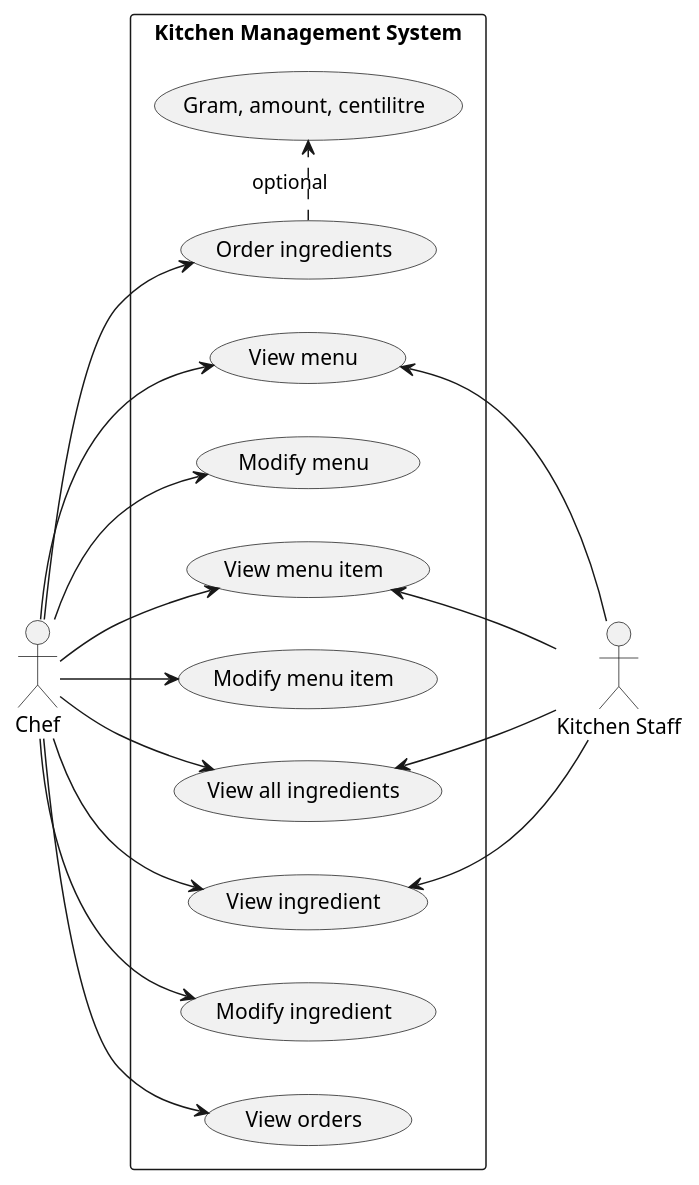
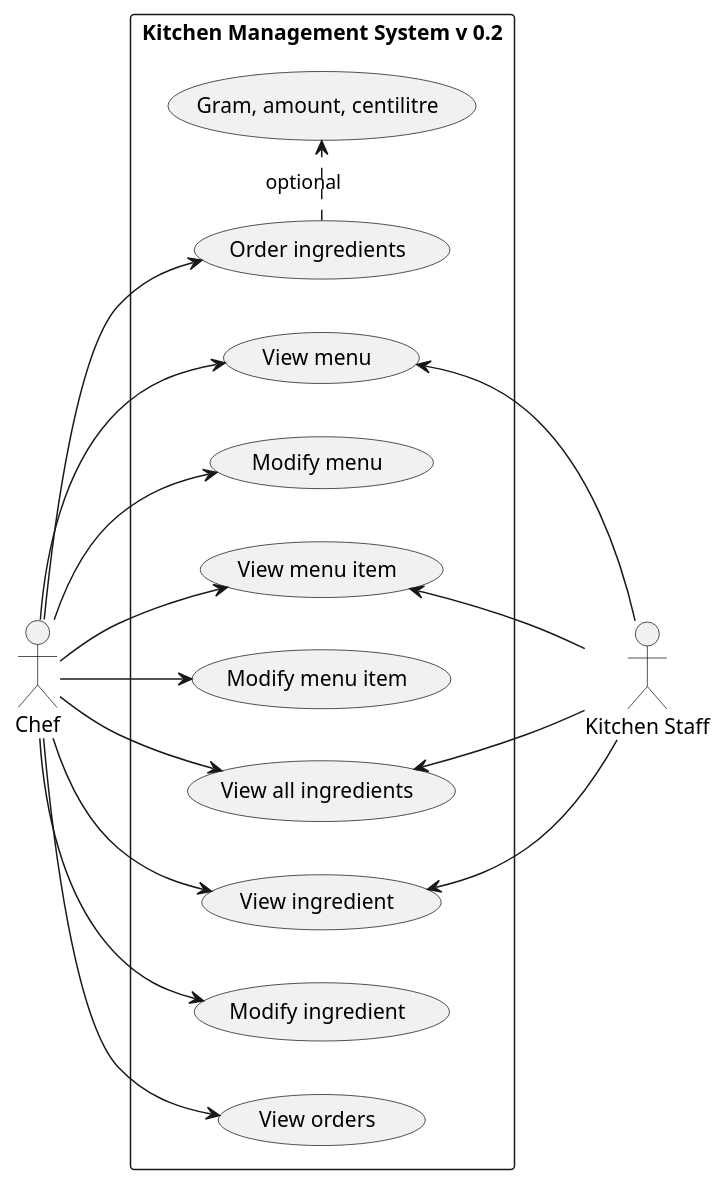
Before and after one commit to mrjink/molveno: the diagram in src/main/docs/uml/use-case/restaurant/kitchen.puml, drawn with PlantUML. The commit also changed 6 other files, not shown here.

```diff
--- a/src/main/docs/uml/use-case/restaurant/kitchen.puml
+++ b/src/main/docs/uml/use-case/restaurant/kitchen.puml
@@ -1,41 +1,41 @@
 @startuml
 
 left to right direction
 
 actor Chef
 actor "Kitchen Staff" as KS
 
-rectangle "Kitchen Management System" {
+rectangle "Kitchen Management System v 0.2" {
     (View menu) as (MenuView)
     (Modify menu) as (MenuUpdate)
 
     (View menu item) as (MenuItemView)
     (Modify menu item) as (MenuItemUpdate)
 
     (View all ingredients) as (IngredientAll)
     (View ingredient) as (IngredientView)
     (Modify ingredient) as (IngredientUpdate)
     (Order ingredients) as (IngredientOrder)
     (View orders) as (KitchenOrderView)
     (Gram, amount, centilitre) as (IngredientQuantity)
 
     (IngredientOrder) .> (IngredientQuantity) : optional
 
     Chef --> (MenuView)
     Chef --> (MenuUpdate)
     Chef --> (MenuItemView)
     Chef --> (MenuItemUpdate)
 
     Chef --> (IngredientAll)
     Chef --> (IngredientView)
     Chef --> (IngredientUpdate)
     Chef --> (IngredientOrder)
     Chef --> (KitchenOrderView)
 
     (MenuView) <-- KS
     (MenuItemView) <-- KS
     (IngredientAll) <-- KS
     (IngredientView) <-- KS
 }
 
 @enduml
```
